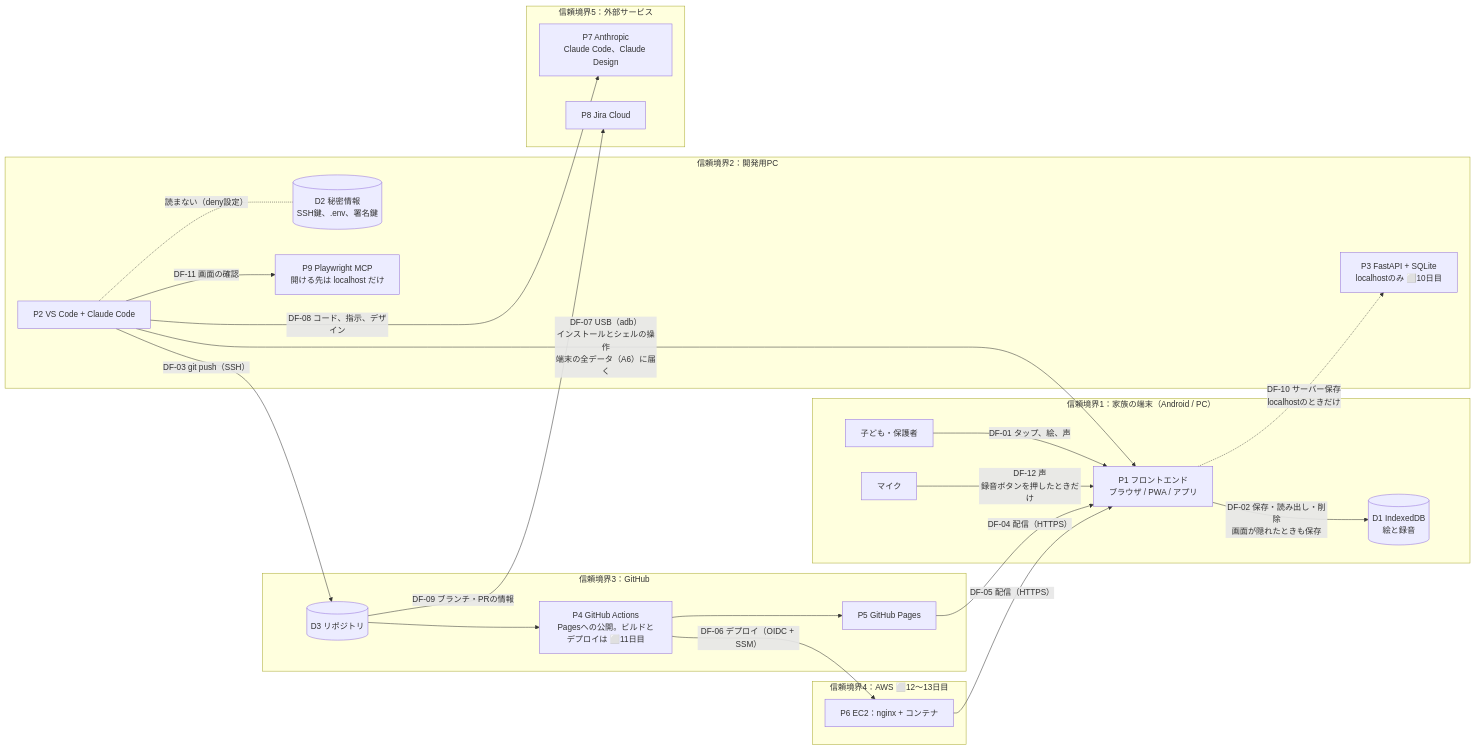
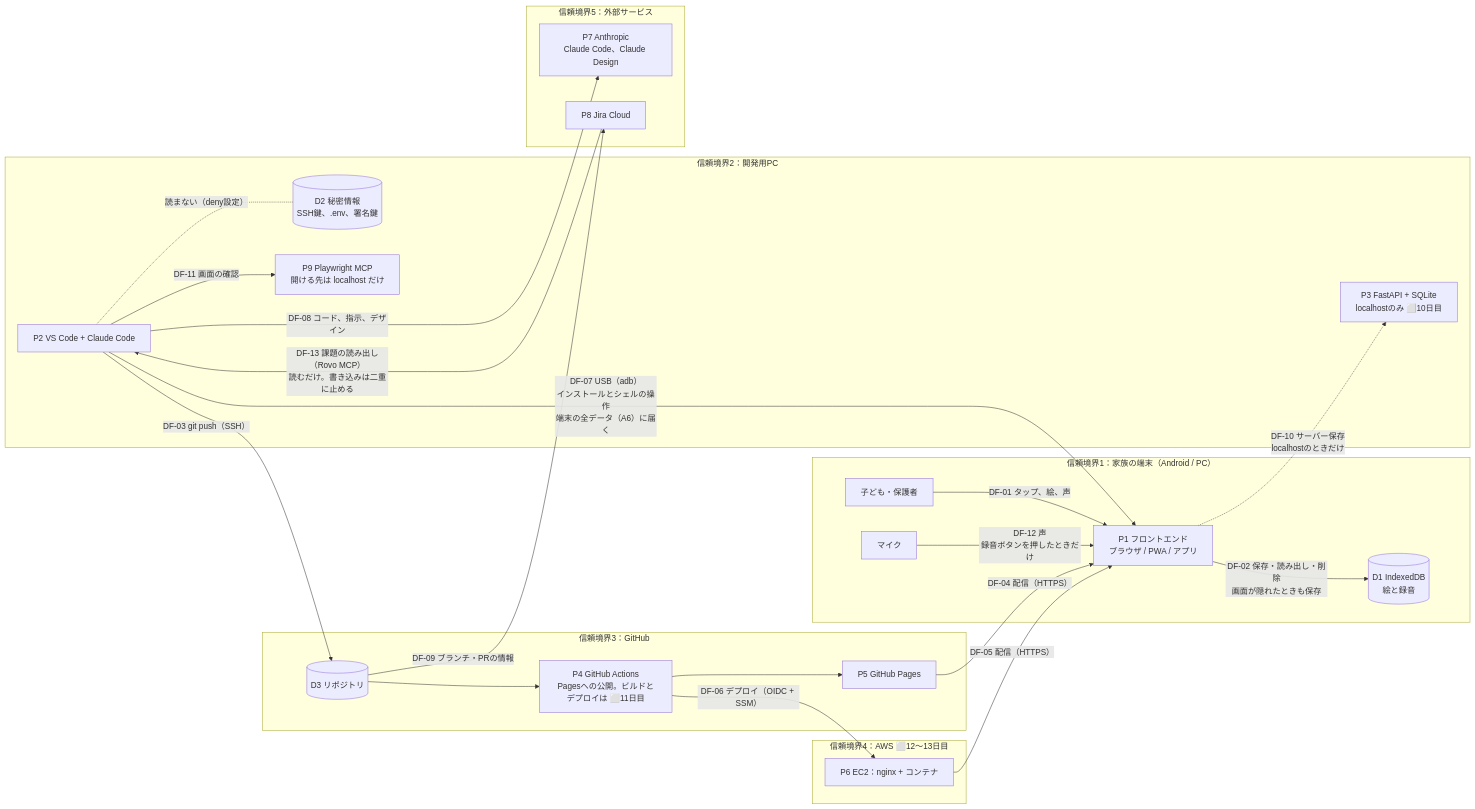
One commit to Hayato-F110/kids-play changed the diagram in docs/security/threat-model.md. Above: the diagram before and after it, drawn with Mermaid. The commit also changed other lines of this file and 2 other files, not shown here.

First line of the commit message:
KIDS-24 chore: Jira を読むだけの MCP（Atlassian Rovo MCP）を足し、書き込みを二重に止める

````diff
--- a/docs/security/threat-model.md
+++ b/docs/security/threat-model.md
@@ -24,46 +24,47 @@
 ```mermaid
 flowchart LR
     subgraph TB1["信頼境界1：家族の端末（Android / PC）"]
         child["子ども・保護者"]
         ui["P1 フロントエンド<br>ブラウザ / PWA / アプリ"]
         mic["マイク"]
         idb[("D1 IndexedDB<br>絵と録音")]
         child -- "DF-01 タップ、絵、声" --> ui
         mic -- "DF-12 声<br>録音ボタンを押したときだけ" --> ui
         ui -- "DF-02 保存・読み出し・削除<br>画面が隠れたときも保存" --> idb
     end
 
     subgraph TB2["信頼境界2：開発用PC"]
         dev["P2 VS Code + Claude Code"]
         secrets[("D2 秘密情報<br>SSH鍵、.env、署名鍵")]
         localapi["P3 FastAPI + SQLite<br>localhostのみ ⬜10日目"]
         mcp["P9 Playwright MCP<br>開ける先は localhost だけ"]
         dev -. "読まない（deny設定）" .- secrets
         dev -- "DF-11 画面の確認" --> mcp
     end
 
     subgraph TB3["信頼境界3：GitHub"]
         repo[("D3 リポジトリ")]
         actions["P4 GitHub Actions<br>Pagesへの公開。ビルドとデプロイは ⬜11日目"]
         pages["P5 GitHub Pages"]
         repo --> actions --> pages
     end
 
     subgraph TB4["信頼境界4：AWS ⬜12〜13日目"]
         ec2["P6 EC2：nginx + コンテナ"]
     end
 
     subgraph TB5["信頼境界5：外部サービス"]
         claude["P7 Anthropic<br>Claude Code、Claude Design"]
         jira["P8 Jira Cloud"]
     end
 
     dev -- "DF-03 git push（SSH）" --> repo
     pages -- "DF-04 配信（HTTPS）" --> ui
     ec2 -- "DF-05 配信（HTTPS）" --> ui
     actions -- "DF-06 デプロイ（OIDC + SSM）" --> ec2
     dev -- "DF-07 USB（adb）<br>インストールとシェルの操作<br>端末の全データ（A6）に届く" --> ui
     dev -- "DF-08 コード、指示、デザイン" --> claude
     repo -- "DF-09 ブランチ・PRの情報" --> jira
     ui -. "DF-10 サーバー保存<br>localhostのときだけ" .-> localapi
+    jira -- "DF-13 課題の読み出し（Rovo MCP）<br>読むだけ。書き込みは二重に止める" --> dev
 ```
````
